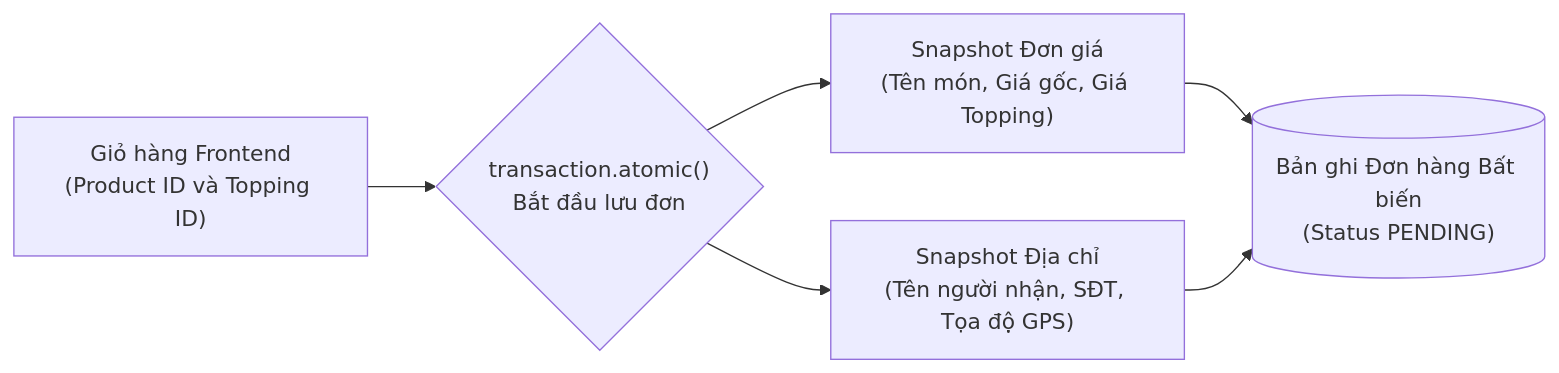
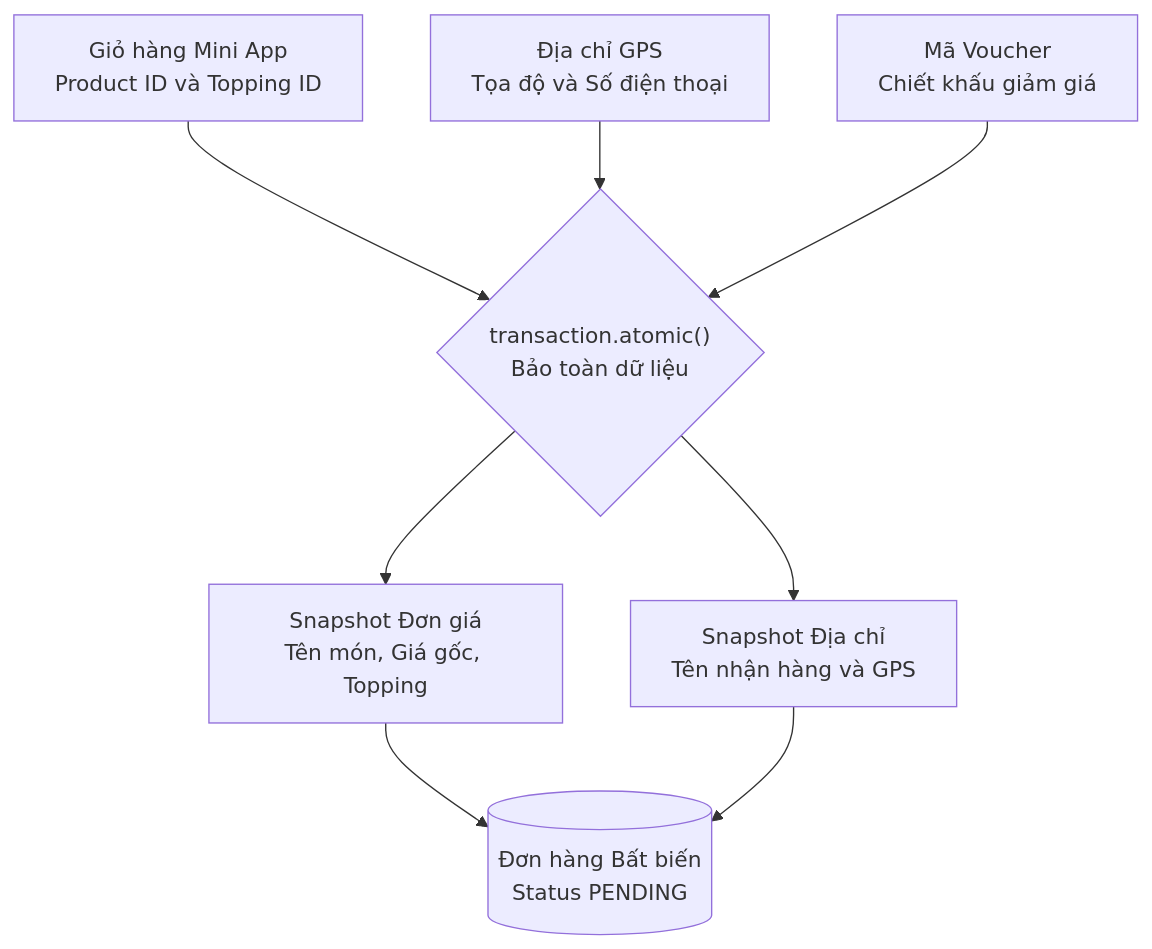
Before and after one commit to nguyengoctin/my_website: the second of 2 diagrams in content/posts/bep-di-6-zalo-mini-app-ordering-platform.md, drawn with Mermaid. The commit also changed other lines of this file and 34 other files, not shown here.

````diff
--- a/content/posts/bep-di-6-zalo-mini-app-ordering-platform.md
+++ b/content/posts/bep-di-6-zalo-mini-app-ordering-platform.md
@@ -49,13 +49,17 @@
 ```mermaid
-flowchart LR
-    CartInput["Giỏ hàng Frontend<br/>(Product ID và Topping ID)"]
-    AtomicTx{"transaction.atomic()<br/>Bắt đầu lưu đơn"}
-    SnapPrice["Snapshot Đơn giá<br/>(Tên món, Giá gốc, Giá Topping)"]
-    SnapAddr["Snapshot Địa chỉ<br/>(Tên người nhận, SĐT, Tọa độ GPS)"]
-    OrderRecord[("Bản ghi Đơn hàng Bất biến<br/>(Status PENDING)")]
+flowchart TD
+    CartInput["Giỏ hàng Mini App<br/>Product ID và Topping ID"]
+    AddrInput["Địa chỉ GPS<br/>Tọa độ và Số điện thoại"]
+    VoucherInput["Mã Voucher<br/>Chiết khấu giảm giá"]
+    AtomicTx{"transaction.atomic()<br/>Bảo toàn dữ liệu"}
+    SnapPrice["Snapshot Đơn giá<br/>Tên món, Giá gốc, Topping"]
+    SnapAddr["Snapshot Địa chỉ<br/>Tên nhận hàng và GPS"]
+    OrderRecord[("Đơn hàng Bất biến<br/>Status PENDING")]
     CartInput --> AtomicTx
+    AddrInput --> AtomicTx
+    VoucherInput --> AtomicTx
     AtomicTx --> SnapPrice
     AtomicTx --> SnapAddr
     SnapPrice --> OrderRecord
     SnapAddr --> OrderRecord
 ```
````
